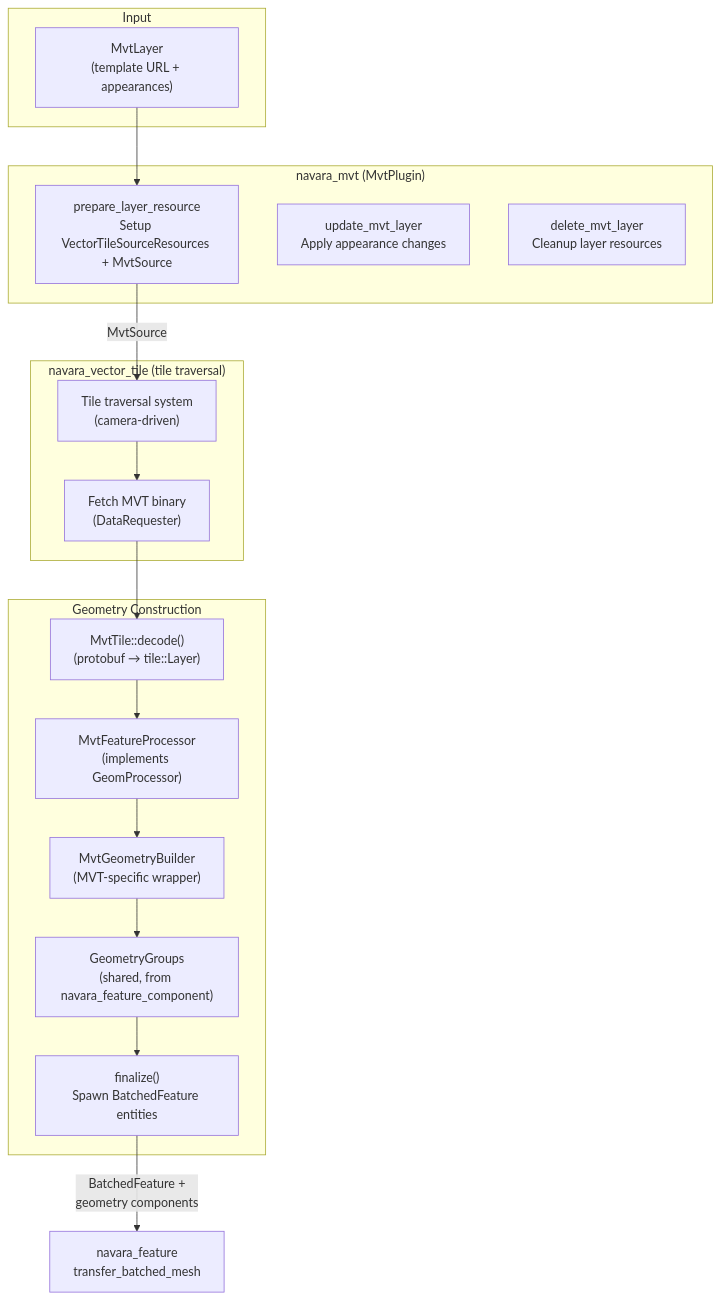
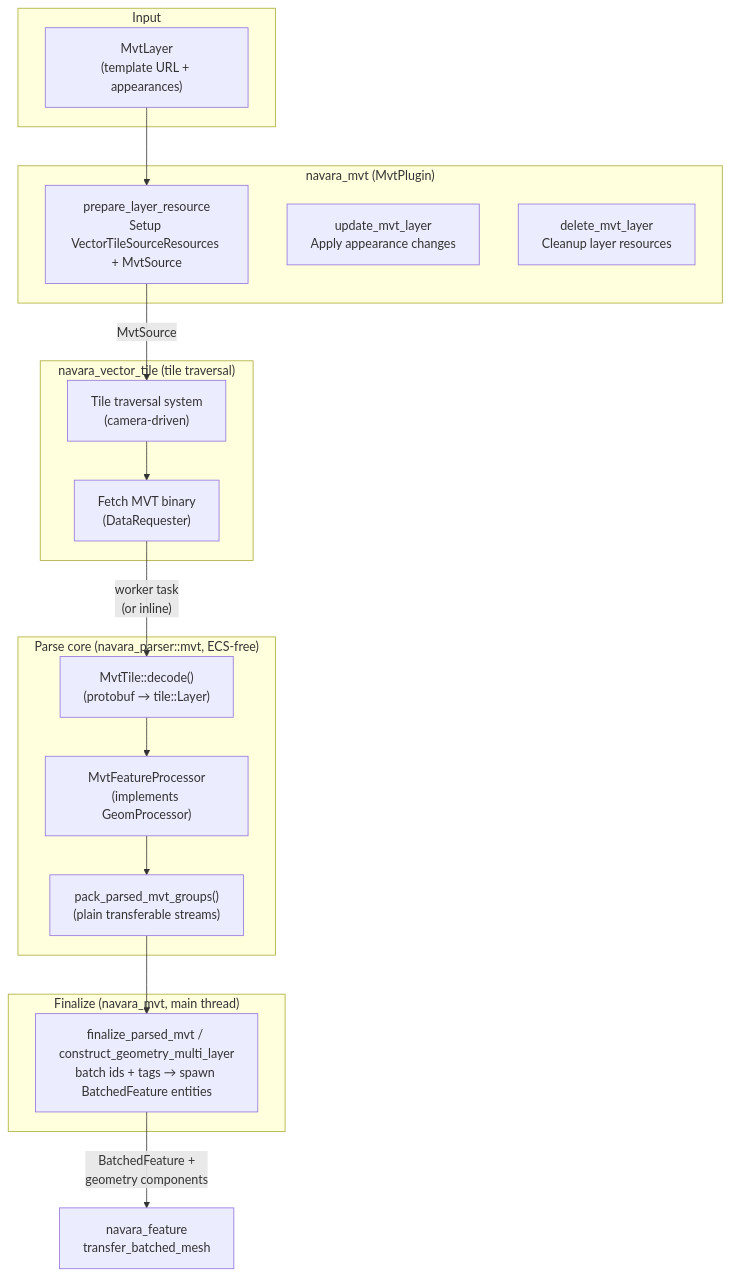
One commit to reearth/navara changed the first of 2 diagrams in crates/navara_mvt/README.md. Above: the diagram before and after it, drawn with Mermaid. The commit also changed other lines of this file and 3 other files, not shown here.

````diff
--- a/crates/navara_mvt/README.md
+++ b/crates/navara_mvt/README.md
@@ -7,31 +7,34 @@
 ```mermaid
 graph TB
     subgraph "Input"
         SRC["MvtLayer<br/>(template URL + appearances)"]
     end
 
     subgraph "navara_mvt (MvtPlugin)"
         PREP[prepare_layer_resource<br/>Setup VectorTileSourceResources + MvtSource]
         UPD[update_mvt_layer<br/>Apply appearance changes]
         DEL[delete_mvt_layer<br/>Cleanup layer resources]
     end
 
     subgraph "navara_vector_tile (tile traversal)"
         TRAV["Tile traversal system<br/>(camera-driven)"]
         FETCH["Fetch MVT binary<br/>(DataRequester)"]
     end
 
-    subgraph "Geometry Construction"
+    subgraph "Parse core (navara_parser::mvt, ECS-free)"
         DECODE["MvtTile::decode()<br/>(protobuf → tile::Layer)"]
         PROC["MvtFeatureProcessor<br/>(implements GeomProcessor)"]
-        BUILD["MvtGeometryBuilder<br/>(MVT-specific wrapper)"]
-        GG["GeometryGroups<br/>(shared, from navara_feature_component)"]
-        FIN["finalize()<br/>Spawn BatchedFeature entities"]
-        DECODE --> PROC --> BUILD --> GG --> FIN
+        PACK["pack_parsed_mvt_groups()<br/>(plain transferable streams)"]
+        DECODE --> PROC --> PACK
+    end
+
+    subgraph "Finalize (navara_mvt, main thread)"
+        FIN["finalize_parsed_mvt / construct_geometry_multi_layer<br/>batch ids + tags → spawn BatchedFeature entities"]
     end
 
     SRC --> PREP
     PREP -->|"MvtSource"| TRAV
-    TRAV --> FETCH --> DECODE
+    TRAV --> FETCH -->|"worker task<br/>(or inline)"| DECODE
+    PACK --> FIN
     FIN -->|"BatchedFeature +<br/>geometry components"| NF[navara_feature<br/>transfer_batched_mesh]
 ```
````
